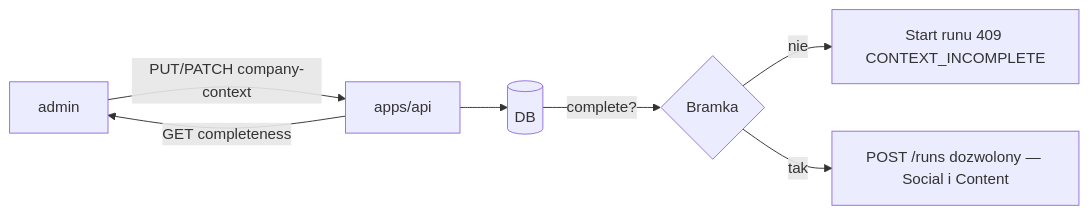
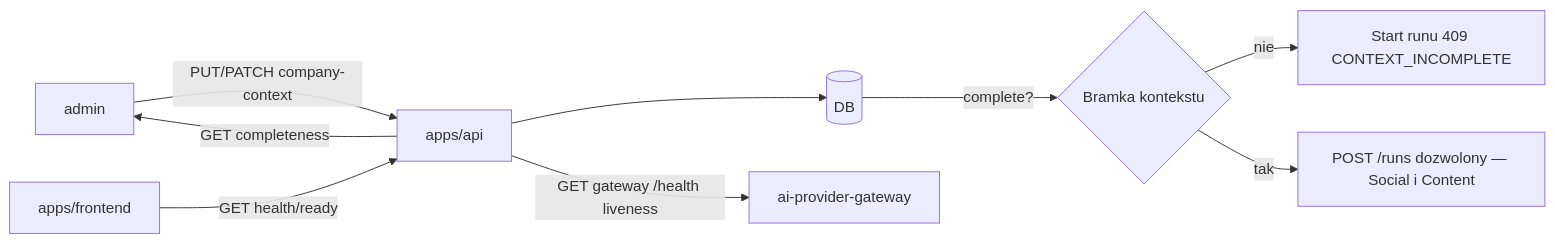
One commit to matej2314/content-chain changed the second of 7 diagrams in docs/data_flow.md. Above: the diagram before and after it, drawn with Mermaid. The commit also changed other lines of this file and 79 other files, not shown here.

Commit message:
compose chip and start CTAs from company-context completeness and ai-provider-gateway ready

````diff
--- a/docs/data_flow.md
+++ b/docs/data_flow.md
@@ -50,9 +52,11 @@
 ```mermaid
 flowchart LR
   Admin[admin] -->|PUT/PATCH company-context| API[apps/api]
   API --> DB[(DB)]
   API -->|GET completeness| Admin
-  DB -->|complete?| Gate{Bramka}
+  FE[apps/frontend] -->|GET health/ready| API
+  API -->|GET gateway /health liveness| GW[ai-provider-gateway]
+  DB -->|complete?| Gate{Bramka kontekstu}
   Gate -->|nie| Block[Start runu 409 CONTEXT_INCOMPLETE]
   Gate -->|tak| Allow[POST /runs dozwolony — Social i Content]
 ```
````
